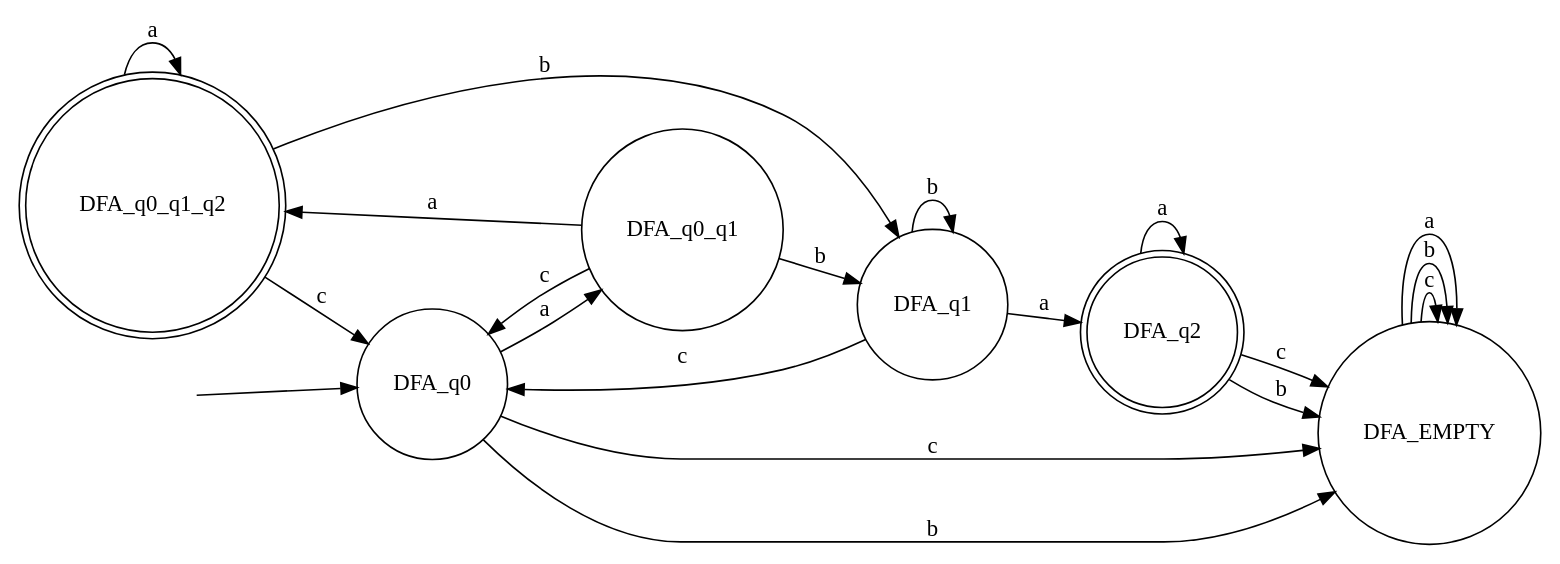
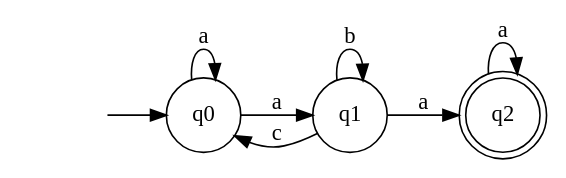
The diagram in DFA.gv (NeValetik/lfa_labs), drawn with Graphviz before and after one commit. The commit also changed 10 other files, not shown here.

```diff
--- a/DFA.gv
+++ b/DFA.gv
@@ -1,30 +1,15 @@
 // DFA
 digraph {
 	rankdir=LR
-	DFA_q0_q1_q2 [shape=doublecircle]
-	DFA_q0_q1 [shape=circle]
-	DFA_q0 [shape=circle]
-	DFA_q1 [shape=circle]
-	DFA_EMPTY [shape=circle]
-	DFA_q2 [shape=doublecircle]
+	q0 [shape=circle]
+	q1 [shape=circle]
+	q2 [shape=doublecircle]
 	start [label="" shape=none]
-	start -> DFA_q0
-	DFA_q0 -> DFA_EMPTY [label=c]
-	DFA_EMPTY -> DFA_EMPTY [label=c]
-	DFA_EMPTY -> DFA_EMPTY [label=b]
-	DFA_EMPTY -> DFA_EMPTY [label=a]
-	DFA_q0 -> DFA_EMPTY [label=b]
-	DFA_q0 -> DFA_q0_q1 [label=a]
-	DFA_q0_q1 -> DFA_q0 [label=c]
-	DFA_q0_q1 -> DFA_q1 [label=b]
-	DFA_q0_q1 -> DFA_q0_q1_q2 [label=a]
-	DFA_q1 -> DFA_q0 [label=c]
-	DFA_q1 -> DFA_q1 [label=b]
-	DFA_q1 -> DFA_q2 [label=a]
-	DFA_q0_q1_q2 -> DFA_q0 [label=c]
-	DFA_q0_q1_q2 -> DFA_q1 [label=b]
-	DFA_q0_q1_q2 -> DFA_q0_q1_q2 [label=a]
-	DFA_q2 -> DFA_EMPTY [label=c]
-	DFA_q2 -> DFA_EMPTY [label=b]
-	DFA_q2 -> DFA_q2 [label=a]
+	start -> q0
+	q0 -> q0 [label=a]
+	q0 -> q1 [label=a]
+	q1 -> q0 [label=c]
+	q1 -> q1 [label=b]
+	q1 -> q2 [label=a]
+	q2 -> q2 [label=a]
 }
```
